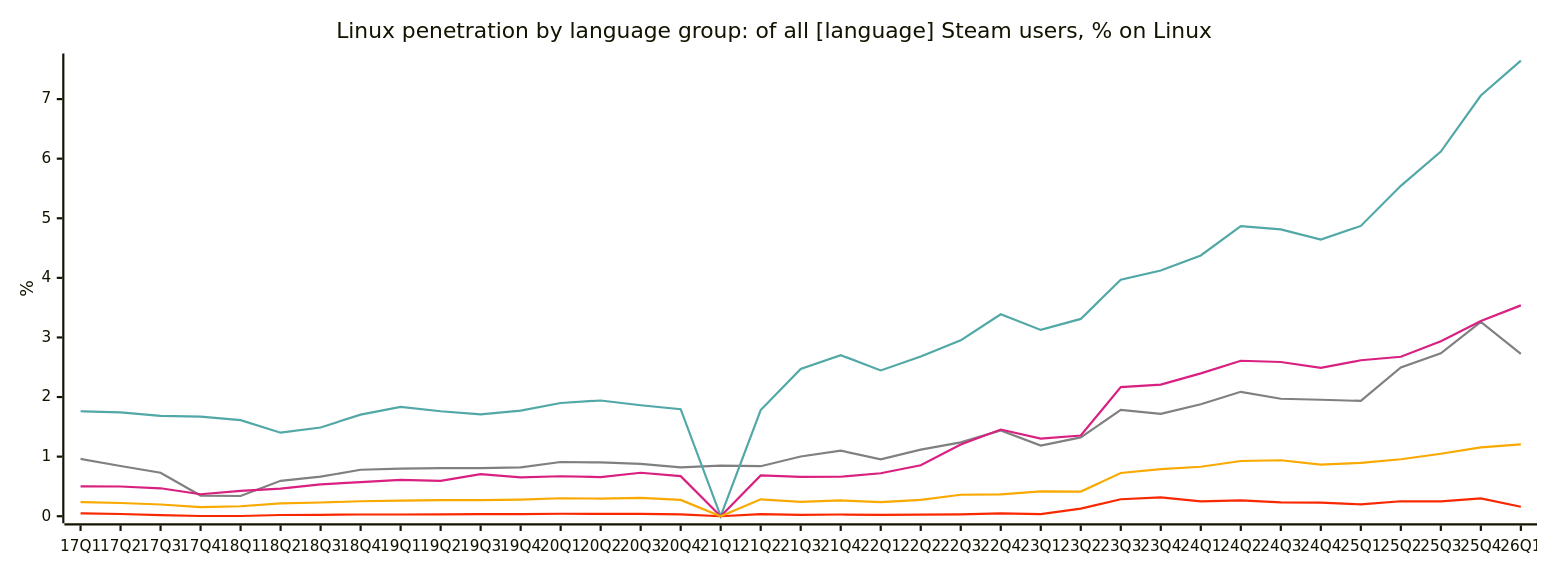
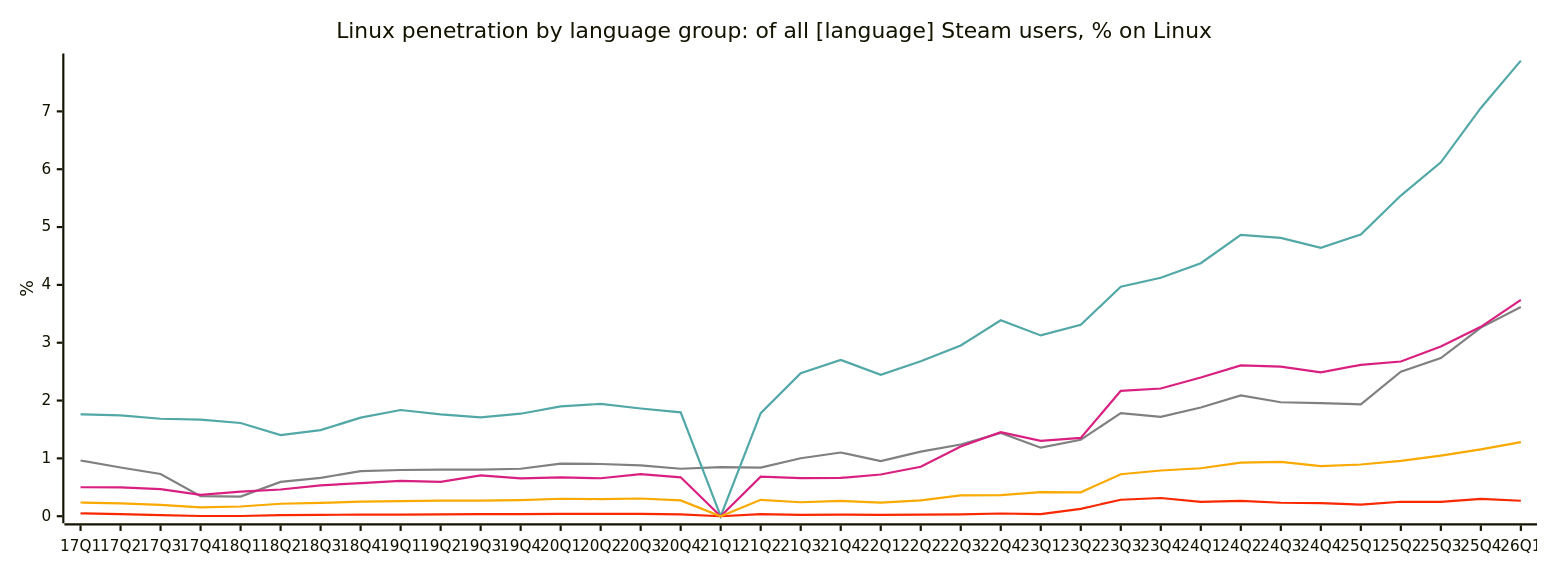
Before and after one commit to Kropatz/steamHWsurvey: diagram 32 of 32 in README.md, drawn with Mermaid. The commit also changed other lines of this file, not shown here.

Commit message:
update graph

````diff
--- a/README.md
+++ b/README.md
@@ -1079,23 +1079,23 @@
 ```mermaid
 ---
 config:
     xyChart:
         width: 1400
         height: 500
 
     themeVariables:
         xyChart:
             plotColorPalette: "#808080,#51a8a6,#f92800,#d92080,#f9a900"
 
 ---
 
 xychart-beta
     title "Linux penetration by language group: of all [language] Steam users, % on Linux"
     x-axis [17Q1, 17Q2, 17Q3, 17Q4, 18Q1, 18Q2, 18Q3, 18Q4, 19Q1, 19Q2, 19Q3, 19Q4, 20Q1, 20Q2, 20Q3, 20Q4, 21Q1, 21Q2, 21Q3, 21Q4, 22Q1, 22Q2, 22Q3, 22Q4, 23Q1, 23Q2, 23Q3, 23Q4, 24Q1, 24Q2, 24Q3, 24Q4, 25Q1, 25Q2, 25Q3, 25Q4, 26Q1]
     y-axis "%" 
-    line [0.963, 0.8423, 0.7295, 0.3467, 0.3398, 0.5935, 0.6636, 0.7792, 0.7991, 0.8058, 0.8068, 0.8207, 0.91, 0.903, 0.8788, 0.8208, 0.8494, 0.8395, 1.0026, 1.1013, 0.9542, 1.117, 1.2395, 1.4386, 1.1854, 1.3224, 1.7839, 1.7184, 1.879, 2.0876, 1.971, 1.9549, 1.9352, 2.4977, 2.7344, 3.2606, 2.7246]
-    line [1.7616, 1.7434, 1.6849, 1.6704, 1.6118, 1.4019, 1.4892, 1.7042, 1.836, 1.762, 1.7087, 1.7726, 1.8999, 1.9423, 1.8628, 1.7968, 0, 1.7816, 2.4711, 2.703, 2.4466, 2.6806, 2.9514, 3.3887, 3.1264, 3.3109, 3.968, 4.124, 4.3753, 4.8662, 4.8123, 4.6422, 4.8715, 5.5444, 6.1202, 7.0597, 7.646]
-    line [0.0488, 0.0373, 0.0189, 0.004, 0.0035, 0.0201, 0.0234, 0.0285, 0.0286, 0.0312, 0.0363, 0.036, 0.0409, 0.04, 0.0397, 0.031, 0, 0.0354, 0.0236, 0.0287, 0.022, 0.0263, 0.0303, 0.0471, 0.0362, 0.1277, 0.2843, 0.3148, 0.2479, 0.2662, 0.2328, 0.2275, 0.1995, 0.2505, 0.2479, 0.2994, 0.1595]
-    line [0.5013, 0.4985, 0.4686, 0.3689, 0.4258, 0.4625, 0.5347, 0.5719, 0.6106, 0.5928, 0.7048, 0.653, 0.6712, 0.6559, 0.7288, 0.6722, 0, 0.6845, 0.6593, 0.6624, 0.7208, 0.8551, 1.2049, 1.4544, 1.3023, 1.3549, 2.1666, 2.209, 2.3978, 2.6086, 2.5875, 2.4883, 2.6168, 2.6755, 2.9356, 3.2746, 3.5383]
-    line [0.2371, 0.2218, 0.1965, 0.1536, 0.1678, 0.2154, 0.2305, 0.2508, 0.2615, 0.2694, 0.2707, 0.2791, 0.3016, 0.2959, 0.3068, 0.273, 0, 0.2839, 0.2409, 0.2645, 0.2357, 0.2742, 0.3603, 0.3655, 0.4176, 0.4138, 0.7251, 0.7911, 0.8297, 0.927, 0.9392, 0.8666, 0.8943, 0.956, 1.0489, 1.1557, 1.2065]
+    line [0.963, 0.8423, 0.7295, 0.3467, 0.3398, 0.5935, 0.6636, 0.7792, 0.7991, 0.8058, 0.8068, 0.8207, 0.91, 0.903, 0.8788, 0.8208, 0.8494, 0.8395, 1.0026, 1.1013, 0.9542, 1.117, 1.2395, 1.4386, 1.1854, 1.3224, 1.7839, 1.7184, 1.879, 2.0876, 1.971, 1.9549, 1.9352, 2.4977, 2.7344, 3.2606, 3.6172]
+    line [1.7616, 1.7434, 1.6849, 1.6704, 1.6118, 1.4019, 1.4892, 1.7042, 1.836, 1.762, 1.7087, 1.7726, 1.8999, 1.9423, 1.8628, 1.7968, 0, 1.7816, 2.4711, 2.703, 2.4466, 2.6806, 2.9514, 3.3887, 3.1264, 3.3109, 3.968, 4.124, 4.3753, 4.8662, 4.8123, 4.6422, 4.8715, 5.5444, 6.1202, 7.0597, 7.8784]
+    line [0.0488, 0.0373, 0.0189, 0.004, 0.0035, 0.0201, 0.0234, 0.0285, 0.0286, 0.0312, 0.0363, 0.036, 0.0409, 0.04, 0.0397, 0.031, 0, 0.0354, 0.0236, 0.0287, 0.022, 0.0263, 0.0303, 0.0471, 0.0362, 0.1277, 0.2843, 0.3148, 0.2479, 0.2662, 0.2328, 0.2275, 0.1995, 0.2505, 0.2479, 0.2994, 0.268]
+    line [0.5013, 0.4985, 0.4686, 0.3689, 0.4258, 0.4625, 0.5347, 0.5719, 0.6106, 0.5928, 0.7048, 0.653, 0.6712, 0.6559, 0.7288, 0.6722, 0, 0.6845, 0.6593, 0.6624, 0.7208, 0.8551, 1.2049, 1.4544, 1.3023, 1.3549, 2.1666, 2.209, 2.3978, 2.6086, 2.5875, 2.4883, 2.6168, 2.6755, 2.9356, 3.2746, 3.7399]
+    line [0.2371, 0.2218, 0.1965, 0.1536, 0.1678, 0.2154, 0.2305, 0.2508, 0.2615, 0.2694, 0.2707, 0.2791, 0.3016, 0.2959, 0.3068, 0.273, 0, 0.2839, 0.2409, 0.2645, 0.2357, 0.2742, 0.3603, 0.3655, 0.4176, 0.4138, 0.7251, 0.7911, 0.8297, 0.927, 0.9392, 0.8666, 0.8943, 0.956, 1.0489, 1.1557, 1.2821]
 ``` 
````
